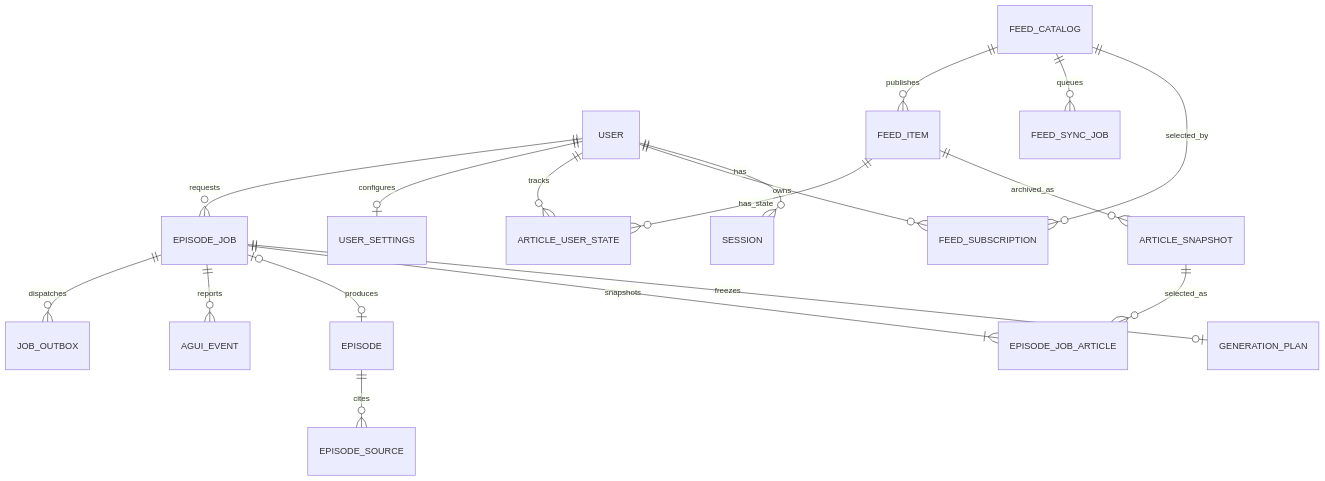
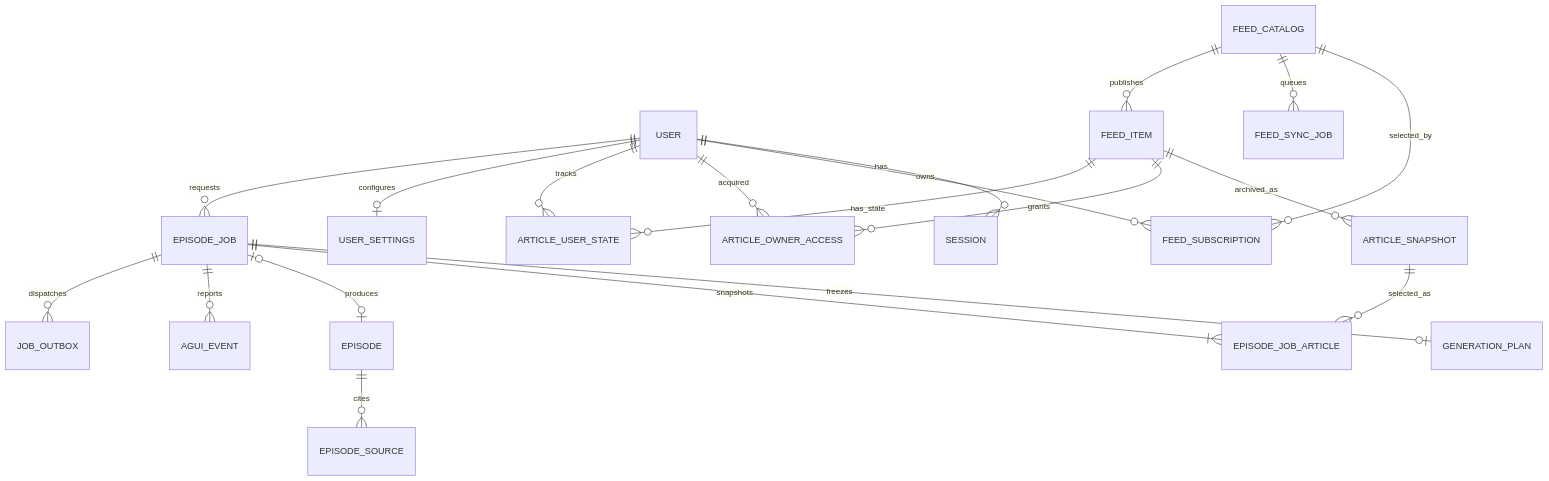
Before and after one commit to r4ai/news-podcast: the ninth of 9 diagrams in docs/architecture.md, drawn with Mermaid. The commit also changed other lines of this file and 22 other files, not shown here.

Commit message:
fix(content): preserve article access after unsubscribe

````diff
--- a/docs/architecture.md
+++ b/docs/architecture.md
@@ -260,20 +260,22 @@
 ```mermaid
 erDiagram
   USER ||--o{ SESSION : has
   USER ||--o{ FEED_SUBSCRIPTION : owns
   FEED_CATALOG ||--o{ FEED_SUBSCRIPTION : selected_by
   FEED_CATALOG ||--o{ FEED_SYNC_JOB : queues
   FEED_CATALOG ||--o{ FEED_ITEM : publishes
   FEED_ITEM ||--o{ ARTICLE_SNAPSHOT : archived_as
+  USER ||--o{ ARTICLE_OWNER_ACCESS : acquired
+  FEED_ITEM ||--o{ ARTICLE_OWNER_ACCESS : grants
   USER ||--o{ ARTICLE_USER_STATE : tracks
   FEED_ITEM ||--o{ ARTICLE_USER_STATE : has_state
   USER ||--o| USER_SETTINGS : configures
   USER ||--o{ EPISODE_JOB : requests
   EPISODE_JOB ||--o| GENERATION_PLAN : freezes
   EPISODE_JOB ||--|{ EPISODE_JOB_ARTICLE : snapshots
   ARTICLE_SNAPSHOT ||--o{ EPISODE_JOB_ARTICLE : selected_as
   EPISODE_JOB o|--o| EPISODE : produces
   EPISODE ||--o{ EPISODE_SOURCE : cites
   EPISODE_JOB ||--o{ AGUI_EVENT : reports
   EPISODE_JOB ||--o{ JOB_OUTBOX : dispatches
 ```
````
